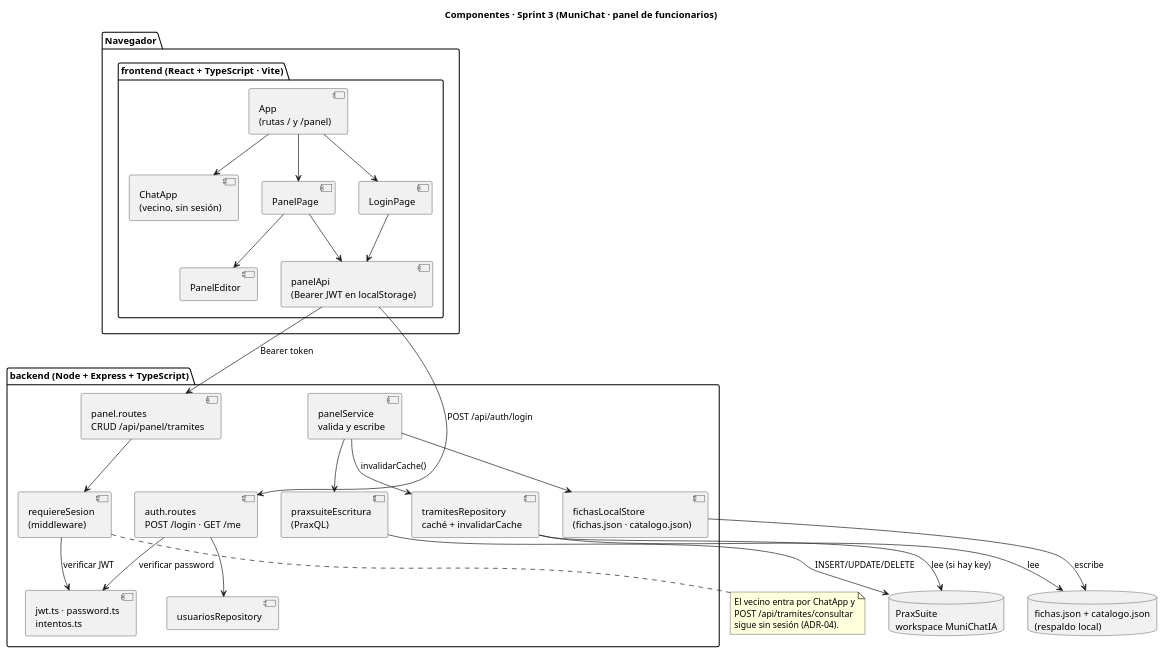
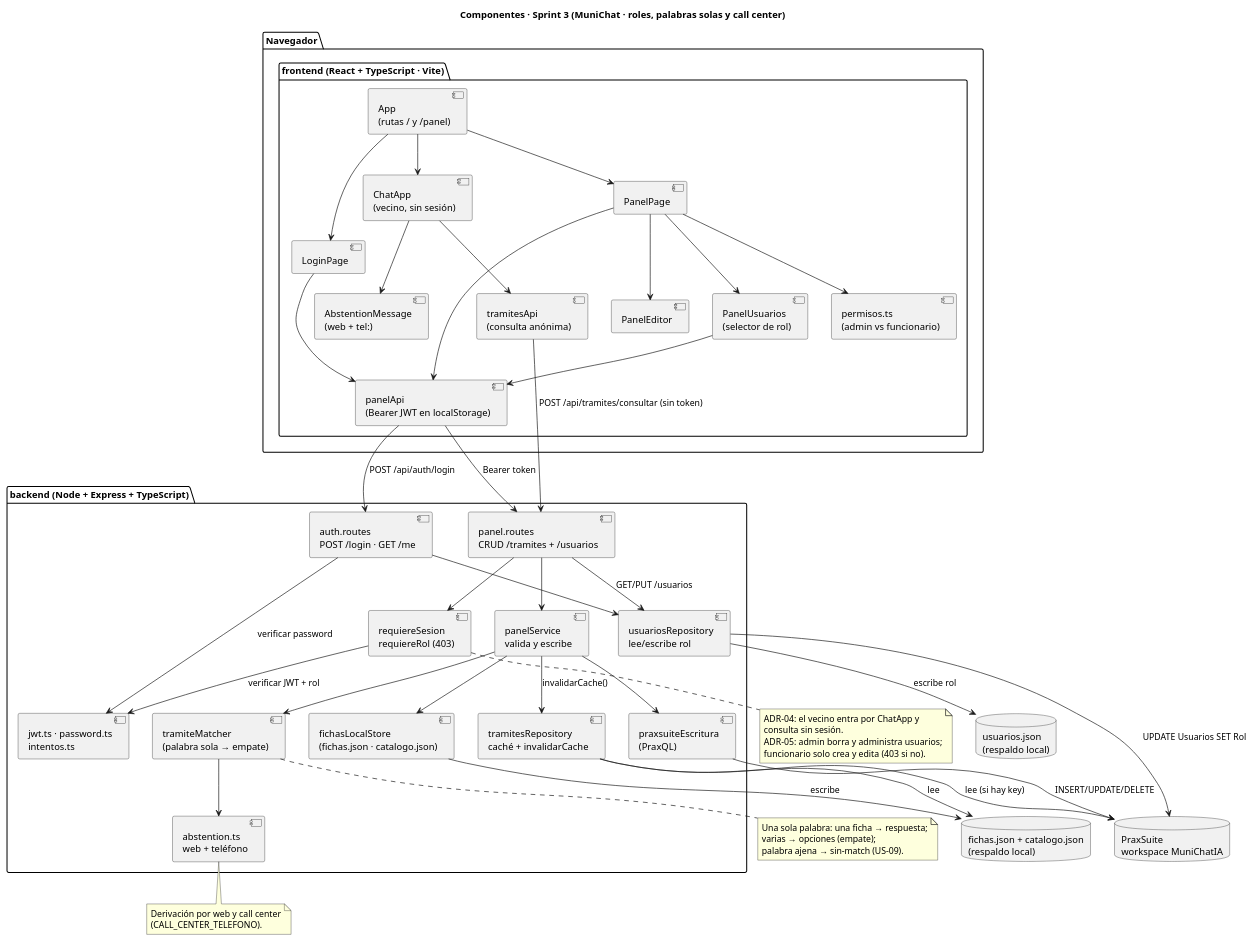
The diagram in docs/uml/componentes_sprint3.puml (FeliKar/Proyecto-Ingenieria-de-Software), drawn with PlantUML before and after one commit. The commit also changed 5 other files, not shown here.

First line of the commit message:
Documenta roles, palabras solas y derivacion por call center

```diff
--- a/docs/uml/componentes_sprint3.puml
+++ b/docs/uml/componentes_sprint3.puml
@@ -1,58 +1,89 @@
 @startuml
-title Componentes · Sprint 3 (MuniChat · panel de funcionarios)
+title Componentes · Sprint 3 (MuniChat · roles, palabras solas y call center)
 skinparam componentStyle uml2
 skinparam shadowing false
 skinparam defaultFontName Arial
 
 package "Navegador" {
   package "frontend (React + TypeScript · Vite)" as FE {
     [App\n(rutas / y /panel)] as App
     [ChatApp\n(vecino, sin sesión)] as CA
+    [AbstentionMessage\n(web + tel:)] as AM
     [LoginPage] as LP
     [PanelPage] as PP
     [PanelEditor] as PE
+    [PanelUsuarios\n(selector de rol)] as PU
+    [permisos.ts\n(admin vs funcionario)] as PM
     [panelApi\n(Bearer JWT en localStorage)] as API
+    [tramitesApi\n(consulta anónima)] as TA
   }
 }
 
 package "backend (Node + Express + TypeScript)" as BE {
   [auth.routes\nPOST /login · GET /me] as AR
-  [panel.routes\nCRUD /api/panel/tramites] as PR
-  [requiereSesion\n(middleware)] as MW
+  [panel.routes\nCRUD /tramites + /usuarios] as PR
+  [requiereSesion\nrequiereRol (403)] as MW
   [jwt.ts · password.ts\nintentos.ts] as AUTH
   [panelService\nvalida y escribe] as PS
-  [usuariosRepository] as UR
+  [usuariosRepository\nlee/escribe rol] as UR
+  [tramiteMatcher\n(palabra sola → empate)] as TM
+  [abstention.ts\nweb + teléfono] as AB
   [fichasLocalStore\n(fichas.json · catalogo.json)] as FS
   [praxsuiteEscritura\n(PraxQL)] as PW
   [tramitesRepository\ncaché + invalidarCache] as TR
 }
 
 database "fichas.json + catalogo.json\n(respaldo local)" as JSON
+database "usuarios.json\n(respaldo local)" as UJ
 database "PraxSuite\nworkspace MuniChatIA" as DB
 
 App --> CA
 App --> LP
 App --> PP
+CA --> TA
+CA --> AM
 PP --> PE
+PP --> PU
+PP --> PM
 PP --> API
+PU --> API
 LP --> API
 API --> AR : POST /api/auth/login
 API --> PR : Bearer token
+TA --> PR : POST /api/tramites/consultar (sin token)
 PR --> MW
-MW --> AUTH : verificar JWT
+MW --> AUTH : verificar JWT + rol
 AR --> AUTH : verificar password
 AR --> UR
+PR --> PS
+PR --> UR : GET/PUT /usuarios
+PS --> TM
+TM --> AB
 PS --> FS
 PS --> PW
 PS --> TR : invalidarCache()
 TR --> JSON : lee
 TR --> DB : lee (si hay key)
 FS --> JSON : escribe
+UR --> UJ : escribe rol
+UR --> DB : UPDATE Usuarios SET Rol
 PW --> DB : INSERT/UPDATE/DELETE
 
 note bottom of MW
-  El vecino entra por ChatApp y
-  POST /api/tramites/consultar
-  sigue sin sesión (ADR-04).
+  ADR-04: el vecino entra por ChatApp y
+  consulta sin sesión.
+  ADR-05: admin borra y administra usuarios;
+  funcionario solo crea y edita (403 si no).
+end note
+
+note bottom of TM
+  Una sola palabra: una ficha → respuesta;
+  varias → opciones (empate);
+  palabra ajena → sin-match (US-09).
+end note
+
+note bottom of AB
+  Derivación por web y call center
+  (CALL_CENTER_TELEFONO).
 end note
 @enduml
```
